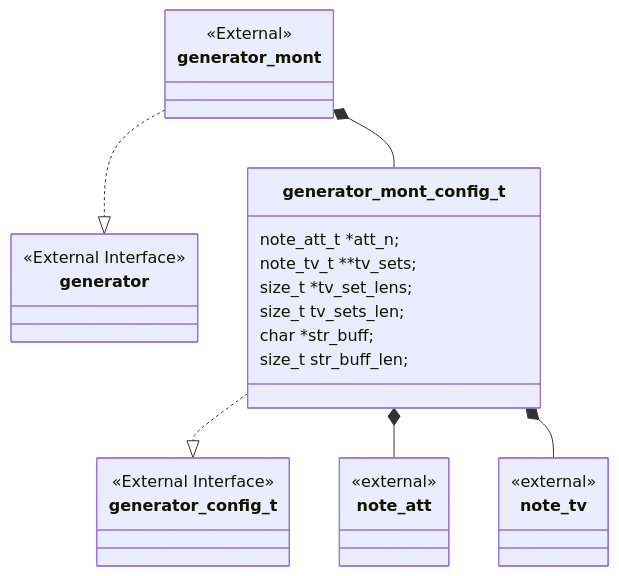
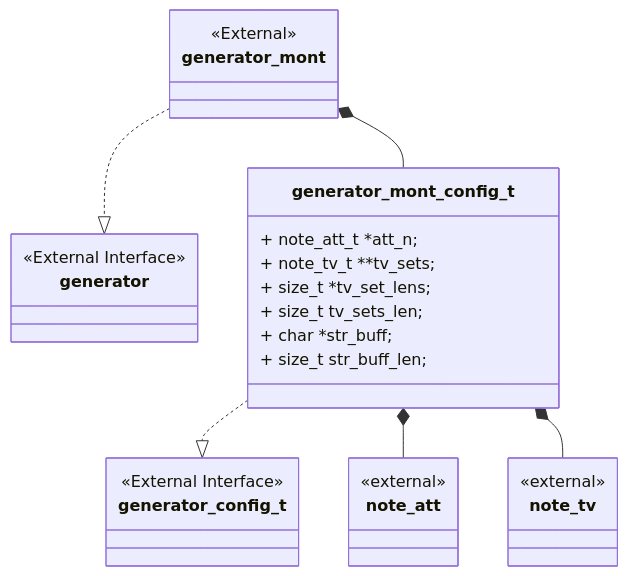
One commit to Joecstarr/thesis changed the first of 4 diagrams in sections/software/documentation/generators/montesinos.md. Above: the diagram before and after it, drawn with Mermaid. The commit also changed 5 other files, not shown here.

````diff
--- a/sections/software/documentation/generators/montesinos.md
+++ b/sections/software/documentation/generators/montesinos.md
@@ -8,41 +8,40 @@
 ```mermaid
 classDiagram
     generator_mont ..|> generator
     generator_mont_config_t ..|> generator_config_t
     generator_mont_config_t *-- note_att
     generator_mont_config_t *-- note_tv
     generator_mont *-- generator_mont_config_t
 
     class generator {
         <<External Interface>>
     }
 
     class generator_mont {
 <<External>>
 }
 
 class generator_mont_config_t {
-
-note_att_t *att_n;
-note_tv_t **tv_sets;
-size_t *tv_set_lens;
-size_t tv_sets_len;
-char *str_buff;
-size_t str_buff_len;
++ note_att_t *att_n;
++ note_tv_t **tv_sets;
++ size_t *tv_set_lens;
++ size_t tv_sets_len;
++ char *str_buff;
++ size_t str_buff_len;
 }
 
 class generator_config_t {
 <<External Interface>>
 
 }
 
 
 class note_att{
 <<external>>
 }
 
 class note_tv{
 <<external>>
 }
 
 ```
````
